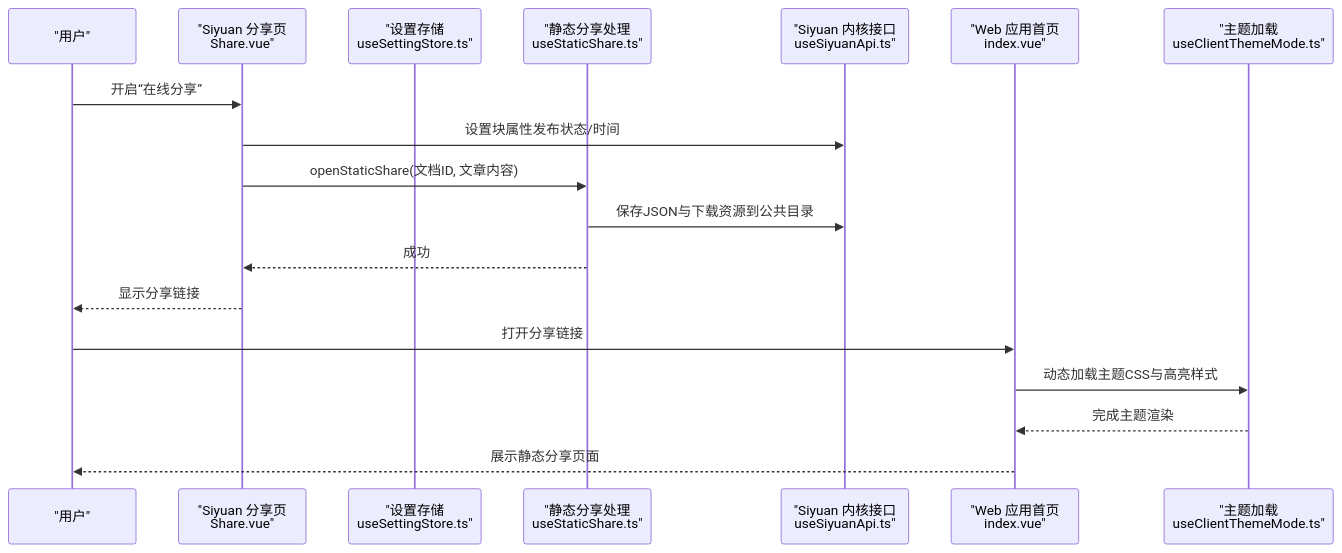
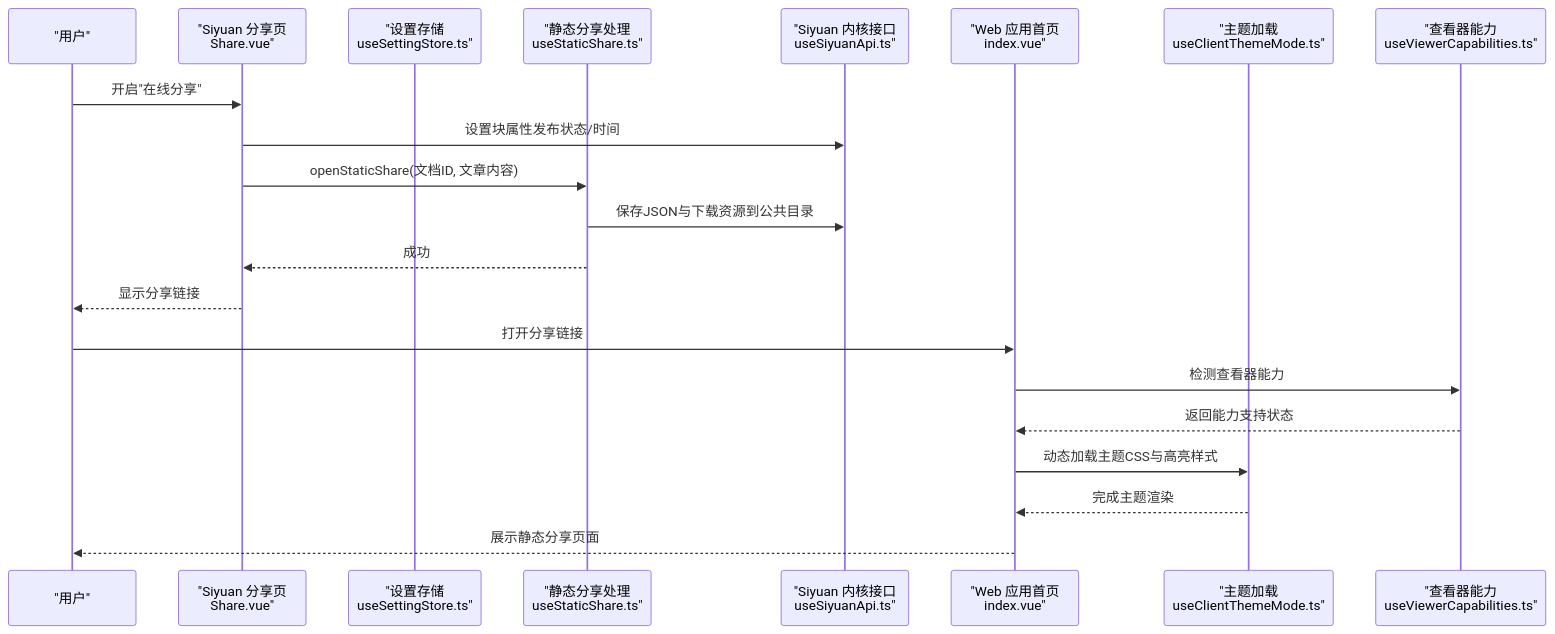
One commit to terwer/siyuan-plugin-blog changed the second of 9 diagrams in .qoder/repowiki/zh/content/核心功能/核心功能.md. Above: the diagram before and after it, drawn with Mermaid. The commit also changed other lines of this file and 20 other files, not shown here.

````diff
--- a/.qoder/repowiki/zh/content/核心功能/核心功能.md
+++ b/.qoder/repowiki/zh/content/核心功能/核心功能.md
@@ -110,20 +156,23 @@
 ```mermaid
 sequenceDiagram
 participant User as "用户"
 participant SiyuanUI as "Siyuan 分享页<br/>Share.vue"
 participant Store as "设置存储<br/>useSettingStore.ts"
 participant Static as "静态分享处理<br/>useStaticShare.ts"
 participant Kernel as "Siyuan 内核接口<br/>useSiyuanApi.ts"
 participant WebApp as "Web 应用首页<br/>index.vue"
 participant Theme as "主题加载<br/>useClientThemeMode.ts"
-User->>SiyuanUI : 开启“在线分享”
+participant ViewerCaps as "查看器能力<br/>useViewerCapabilities.ts"
+User->>SiyuanUI : 开启"在线分享"
 SiyuanUI->>Kernel : 设置块属性发布状态/时间
 SiyuanUI->>Static : openStaticShare(文档ID, 文章内容)
 Static->>Kernel : 保存JSON与下载资源到公共目录
 Static-->>SiyuanUI : 成功
 SiyuanUI-->>User : 显示分享链接
 User->>WebApp : 打开分享链接
+WebApp->>ViewerCaps : 检测查看器能力
+ViewerCaps-->>WebApp : 返回能力支持状态
 WebApp->>Theme : 动态加载主题CSS与高亮样式
 Theme-->>WebApp : 完成主题渲染
 WebApp-->>User : 展示静态分享页面
 ```
````
